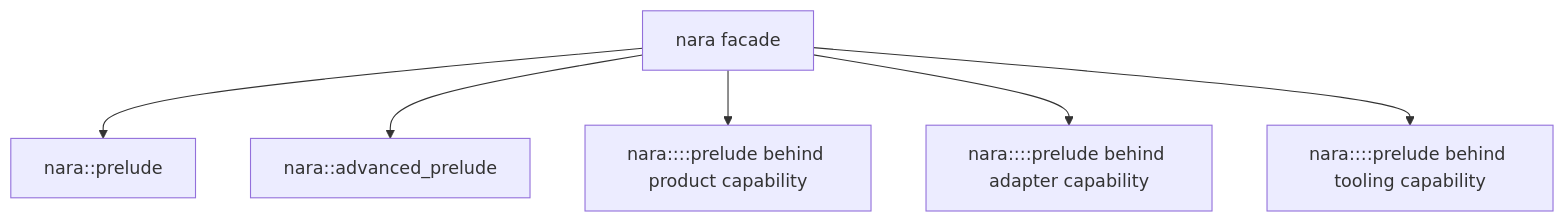
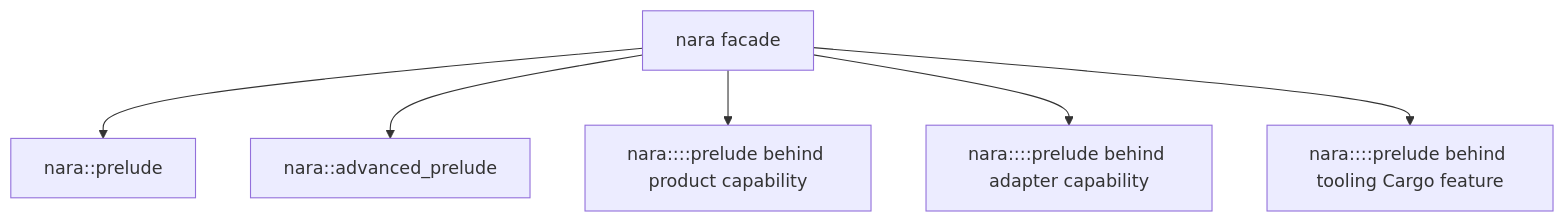
The diagram in docs/architecture/adr/0044-root-facade-and-prelude-layering-policy.md (Latias94/nara), drawn with Mermaid before and after one commit. The commit also changed other lines of this file and 26 other files, not shown here.

````diff
--- a/docs/architecture/adr/0044-root-facade-and-prelude-layering-policy.md
+++ b/docs/architecture/adr/0044-root-facade-and-prelude-layering-policy.md
@@ -28,8 +30,8 @@
 ```mermaid
 flowchart TD
     Root[nara facade] --> Gameplay[nara::prelude]
     Root --> Advanced[nara::advanced_prelude]
     Root --> Domain[nara::<domain>::prelude behind product capability]
     Root --> Backend[nara::<backend>::prelude behind adapter capability]
-    Root --> Tooling[nara::<tooling>::prelude behind tooling capability]
+    Root --> Tooling[nara::<tooling>::prelude behind tooling Cargo feature]
 ```
````
